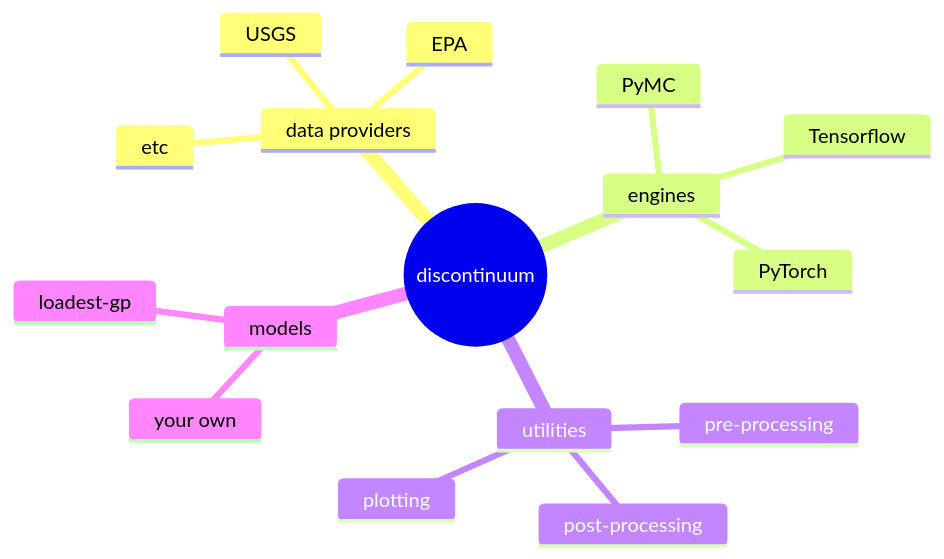
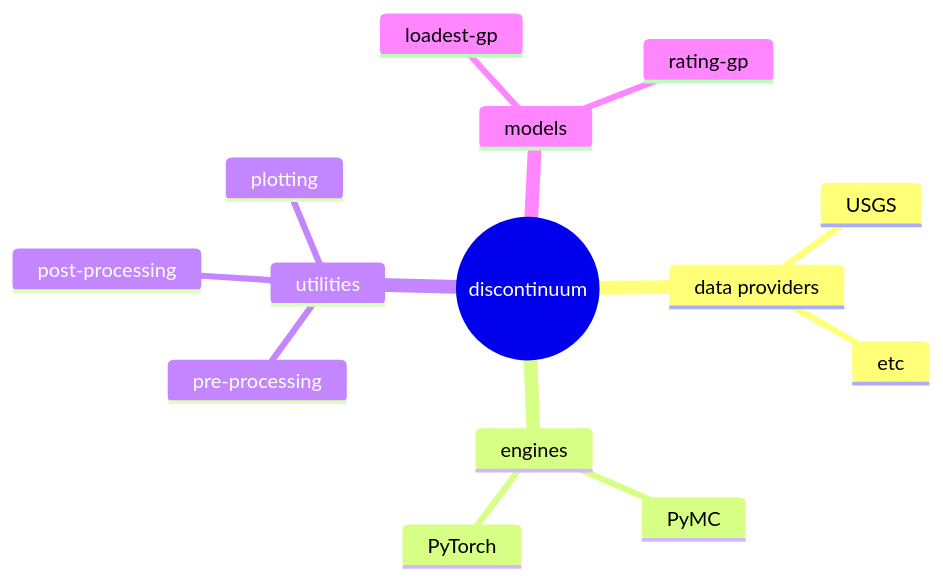
One commit to thodson-usgs/discontinuum changed the diagram in README.md. Above: the diagram before and after it, drawn with Mermaid. The commit also changed other lines of this file and 1 other file, not shown here.

````diff
--- a/README.md
+++ b/README.md
@@ -46,20 +62,17 @@
 ```mermaid
 mindmap
   root((discontinuum))
     data providers
       USGS
-      EPA
       etc
     engines
       PyMC
-      Tensorflow
       PyTorch
     utilities
       pre-processing
       post-processing
       plotting
     models
       loadest-gp
-      your own
-      
+      rating-gp
 ```
````
